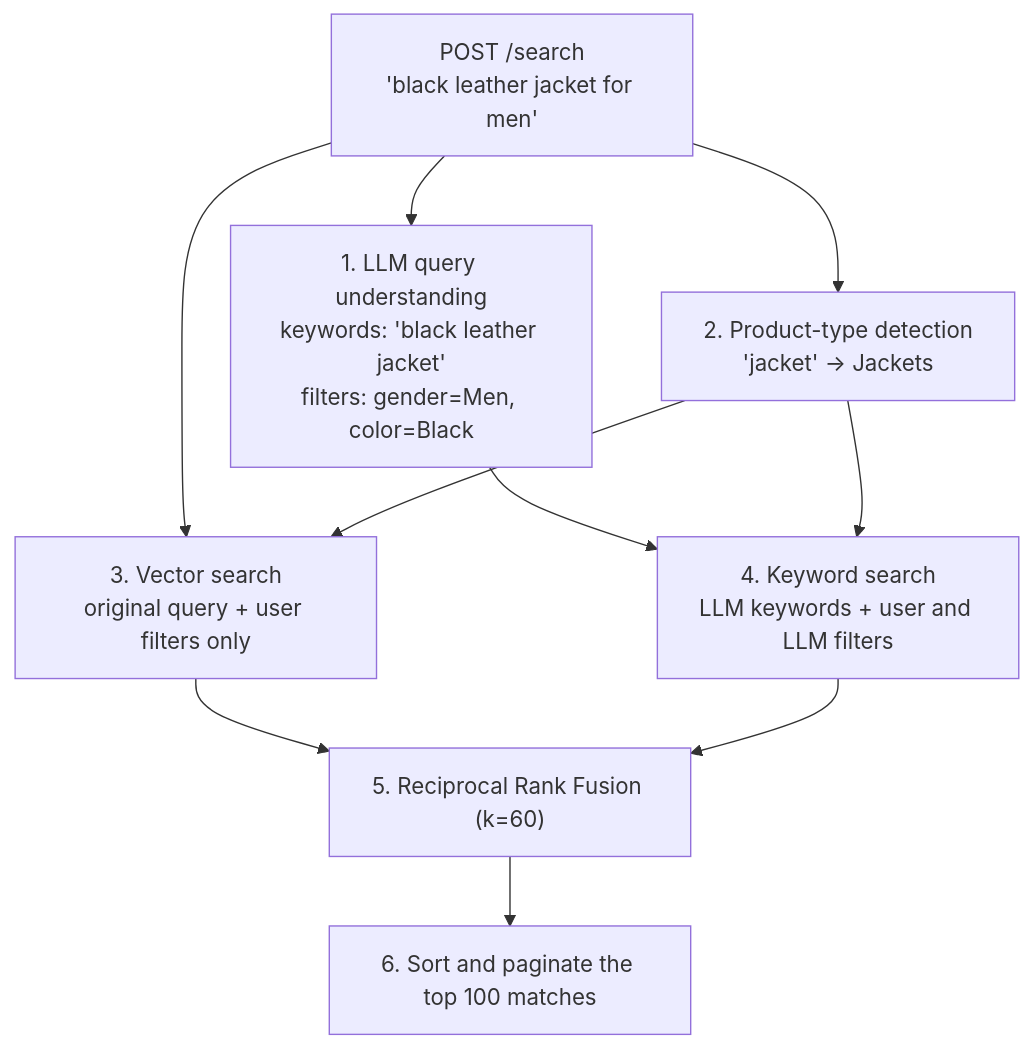
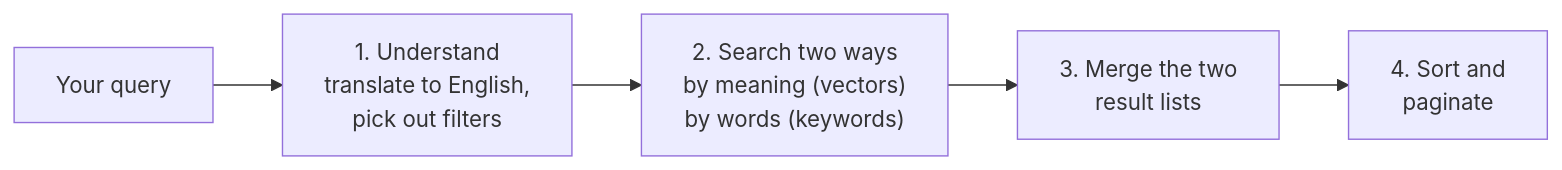
Before and after one commit to anan-yaa/semantic-fashion-rec: the diagram in README.md, drawn with Mermaid. The commit also changed other lines of this file and 1 other file, not shown here.

Commit message:
added architecture diagram, reworded readMe

````diff
--- a/README.md
+++ b/README.md
@@ -44,12 +59,7 @@
 ```mermaid
-flowchart TD
-    Q["POST /search<br/>'black leather jacket for men'"] --> U["1. LLM query understanding<br/>keywords: 'black leather jacket'<br/>filters: gender=Men, color=Black"]
-    Q --> T["2. Product-type detection<br/>'jacket' → Jackets"]
-    U --> K["4. Keyword search<br/>LLM keywords + user and LLM filters"]
-    Q --> V["3. Vector search<br/>original query + user filters only"]
-    T --> V
-    T --> K
-    V --> F["5. Reciprocal Rank Fusion (k=60)"]
-    K --> F
-    F --> S["6. Sort and paginate the top 100 matches"]
+flowchart LR
+    Q["Your query"] --> A["1. Understand<br/>translate to English,<br/>pick out filters"]
+    A --> B["2. Search two ways<br/>by meaning (vectors)<br/>by words (keywords)"]
+    B --> C["3. Merge the two<br/>result lists"]
+    C --> D["4. Sort and<br/>paginate"]
 ```
````
